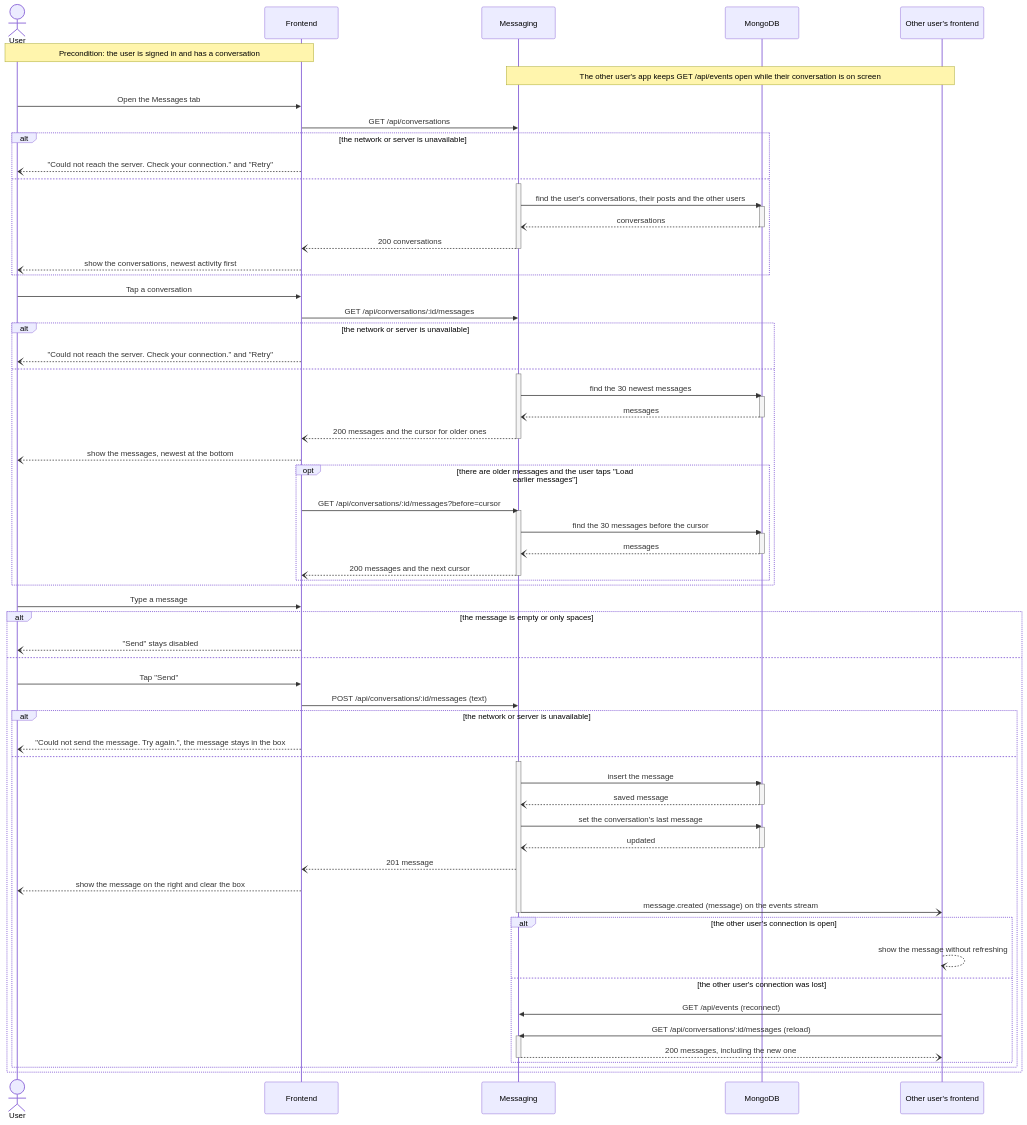
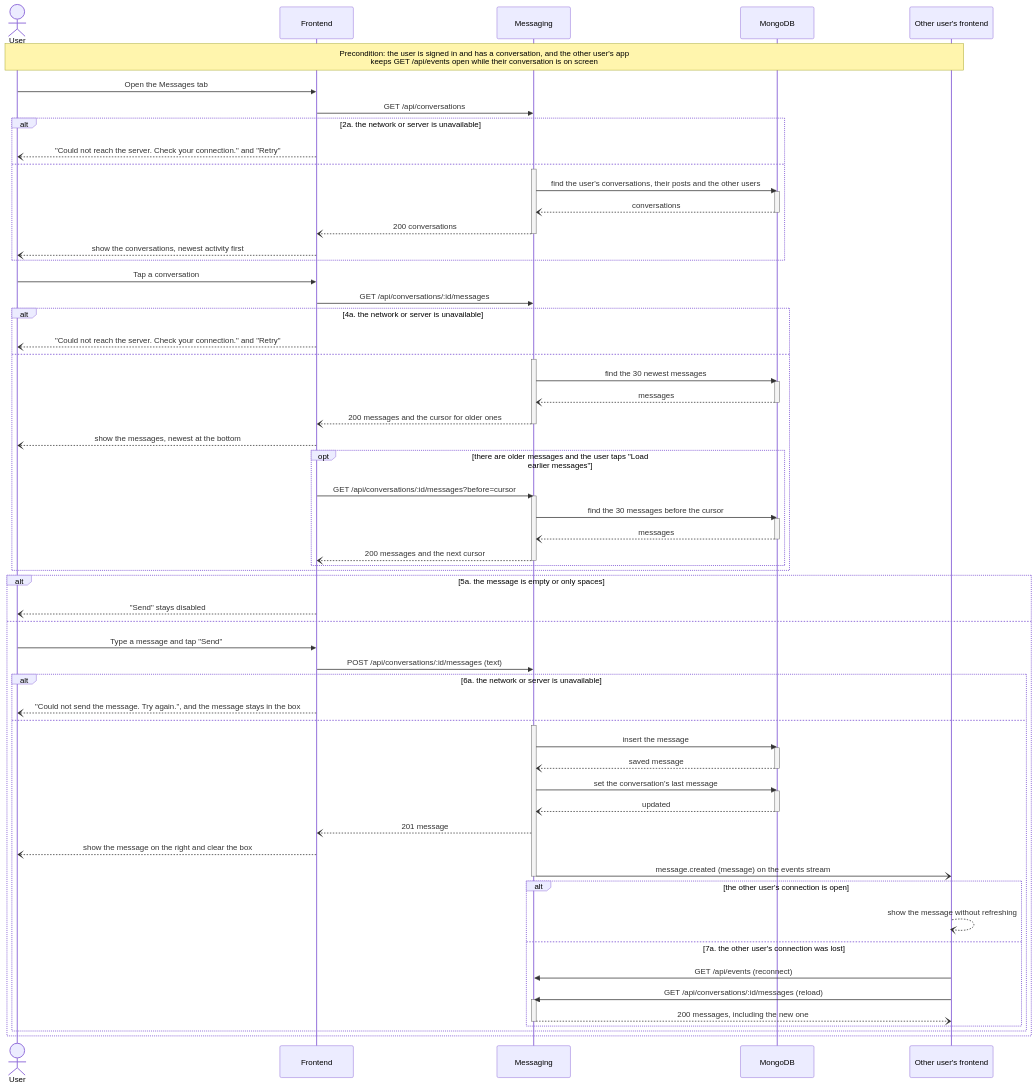
Before and after one commit to UBC-CPEN-V-321/W2026: the fifth of 6 diagrams in documentation/Requirements_and_Design.md, drawn with Mermaid. The commit also changed other lines of this file and 1 other file, not shown here.

First line of the commit message:
docs: record the CP3 peer reviews and show every failure in the sequence diagrams (#214)

````diff
--- a/documentation/Requirements_and_Design.md
+++ b/documentation/Requirements_and_Design.md
@@ -617,81 +674,79 @@
 ```mermaid
 sequenceDiagram
     actor U as User
     participant FE as Frontend
     participant MS as Messaging
     participant DB as MongoDB
     participant O as Other user's frontend
-    Note over U,FE: Precondition: the user is signed in and has a conversation
-    Note over MS,O: The other user's app keeps GET /api/events open while their conversation is on screen
+    Note over U,O: Precondition: the user is signed in and has a conversation, and the other user's app<br/>keeps GET /api/events open while their conversation is on screen
     U->>FE: Open the Messages tab
     FE->>MS: GET /api/conversations
-    alt the network or server is unavailable
+    alt 2a. the network or server is unavailable
         FE--)U: "Could not reach the server. Check your connection." and "Retry"
     else
         activate MS
         MS->>DB: find the user's conversations, their posts and the other users
         activate DB
         DB--)MS: conversations
         deactivate DB
         MS--)FE: 200 conversations
         deactivate MS
         FE--)U: show the conversations, newest activity first
     end
     U->>FE: Tap a conversation
     FE->>MS: GET /api/conversations/:id/messages
-    alt the network or server is unavailable
+    alt 4a. the network or server is unavailable
         FE--)U: "Could not reach the server. Check your connection." and "Retry"
     else
         activate MS
         MS->>DB: find the 30 newest messages
         activate DB
         DB--)MS: messages
         deactivate DB
         MS--)FE: 200 messages and the cursor for older ones
         deactivate MS
         FE--)U: show the messages, newest at the bottom
         opt there are older messages and the user taps "Load earlier messages"
             FE->>MS: GET /api/conversations/:id/messages?before=cursor
             activate MS
             MS->>DB: find the 30 messages before the cursor
             activate DB
             DB--)MS: messages
             deactivate DB
             MS--)FE: 200 messages and the next cursor
             deactivate MS
         end
     end
-    U->>FE: Type a message
-    alt the message is empty or only spaces
+    alt 5a. the message is empty or only spaces
         FE--)U: "Send" stays disabled
     else
-        U->>FE: Tap "Send"
+        U->>FE: Type a message and tap "Send"
         FE->>MS: POST /api/conversations/:id/messages (text)
-        alt the network or server is unavailable
-            FE--)U: "Could not send the message. Try again.", the message stays in the box
+        alt 6a. the network or server is unavailable
+            FE--)U: "Could not send the message. Try again.", and the message stays in the box
         else
             activate MS
             MS->>DB: insert the message
             activate DB
             DB--)MS: saved message
             deactivate DB
             MS->>DB: set the conversation's last message
             activate DB
             DB--)MS: updated
             deactivate DB
             MS--)FE: 201 message
             FE--)U: show the message on the right and clear the box
             MS-)O: message.created (message) on the events stream
             deactivate MS
             alt the other user's connection is open
                 O--)O: show the message without refreshing
-            else the other user's connection was lost
+            else 7a. the other user's connection was lost
                 O->>MS: GET /api/events (reconnect)
                 O->>MS: GET /api/conversations/:id/messages (reload)
                 activate MS
                 MS--)O: 200 messages, including the new one
                 deactivate MS
             end
         end
     end
 ```
````
